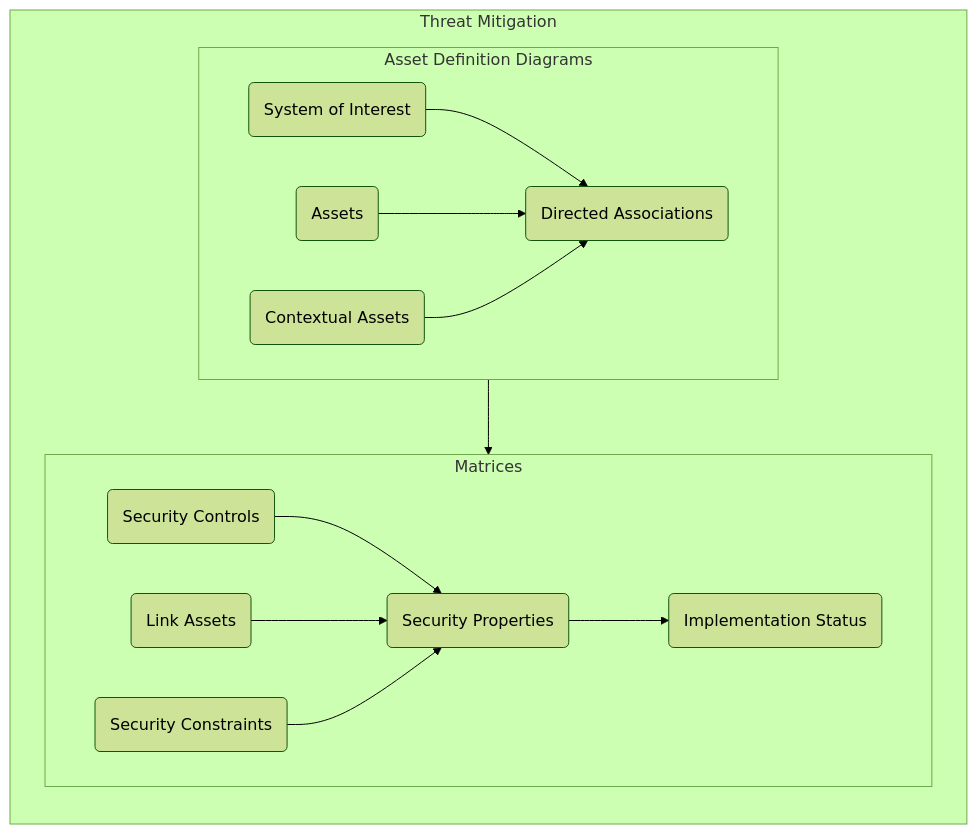
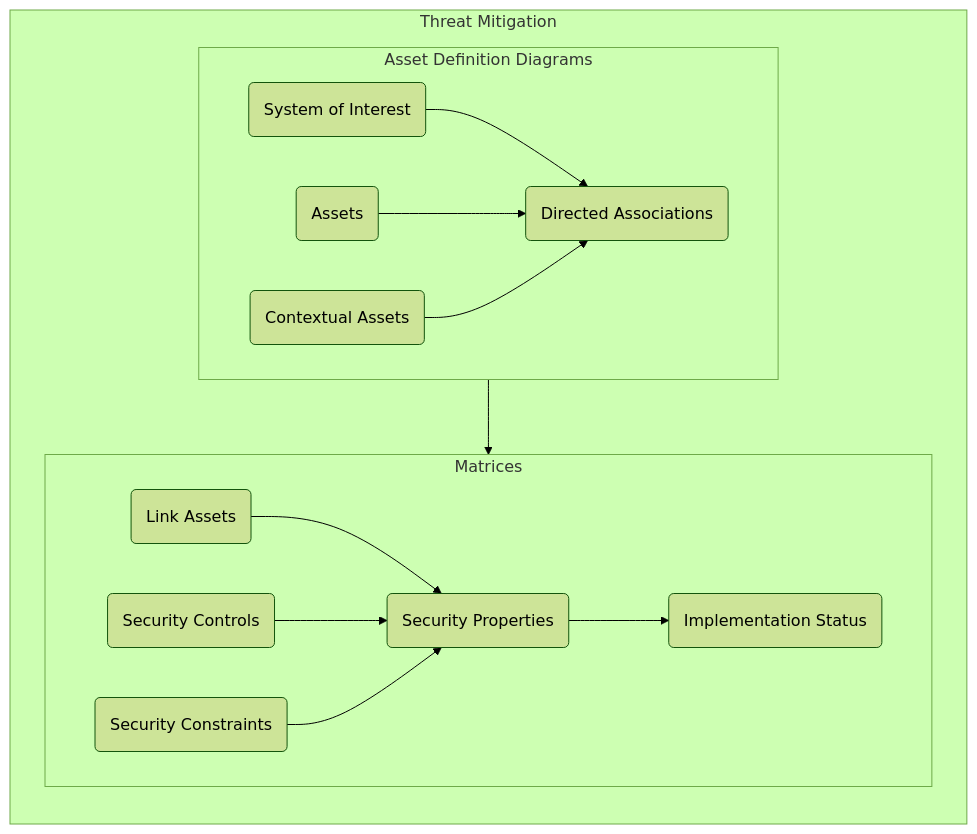
The third of 4 diagrams in README.md (stuartfowler/CEMT), drawn with Mermaid (forest theme) before and after one commit. The commit also changed 5 other files, not shown here.

````diff
--- a/README.md
+++ b/README.md
@@ -140,31 +140,31 @@
 ```mermaid
 flowchart TB
 
   subgraph TMi["Threat Mitigation"]
     direction TB
     subgraph 4["Asset Definition Diagrams"]
       4a("System of Interest") --> 4d("Directed Associations")
       4b("Assets") --> 4d
       4c("Contextual Assets") --> 4d
     end
     subgraph 5["Matrices"]
-      5b("Security Controls") --> 5c("Security Properties") --> 5g("Implementation Status")
-      5d("Link Assets") --> 5c
+      5d("Link Assets") --> 5c("Security Properties") --> 5g("Implementation Status")
+      5b("Security Controls") --> 5c
       5f("Security Constraints") --> 5c
     end
     4 --> 5
   end
   
   click 4a "https://github.com/stuartfowler/CEMT/blob/main/Documentation/threat-mitigation.md#asset-definition-diagrams" "Asset Definition Diagrams"
   click 4b "https://github.com/stuartfowler/CEMT/blob/main/Documentation/threat-mitigation.md#asset-definition-diagrams" "Asset Definition Diagrams"
   click 4c "https://github.com/stuartfowler/CEMT/blob/main/Documentation/threat-mitigation.md#asset-definition-diagrams" "Asset Definition Diagrams"
   click 4d "https://github.com/stuartfowler/CEMT/blob/main/Documentation/threat-mitigation.md#asset-definition-diagrams" "Asset Definition Diagrams"
 
   click 5a "https://github.com/stuartfowler/CEMT/blob/main/Documentation/threat-mitigation.md#matrices" "Matrices"
   click 5b "https://github.com/stuartfowler/CEMT/blob/main/Documentation/threat-mitigation.md#matrices" "Matrices"
   click 5c "https://github.com/stuartfowler/CEMT/blob/main/Documentation/threat-mitigation.md#matrices" "Matrices"
   click 5d "https://github.com/stuartfowler/CEMT/blob/main/Documentation/threat-mitigation.md#matrices" "Matrices"
   click 5e "https://github.com/stuartfowler/CEMT/blob/main/Documentation/threat-mitigation.md#matrices" "Matrices"
   click 5f "https://github.com/stuartfowler/CEMT/blob/main/Documentation/threat-mitigation.md#matrices" "Matrices"
   click 5g "https://github.com/stuartfowler/CEMT/blob/main/Documentation/threat-mitigation.md#matrices" "Matrices"
 ```
````
